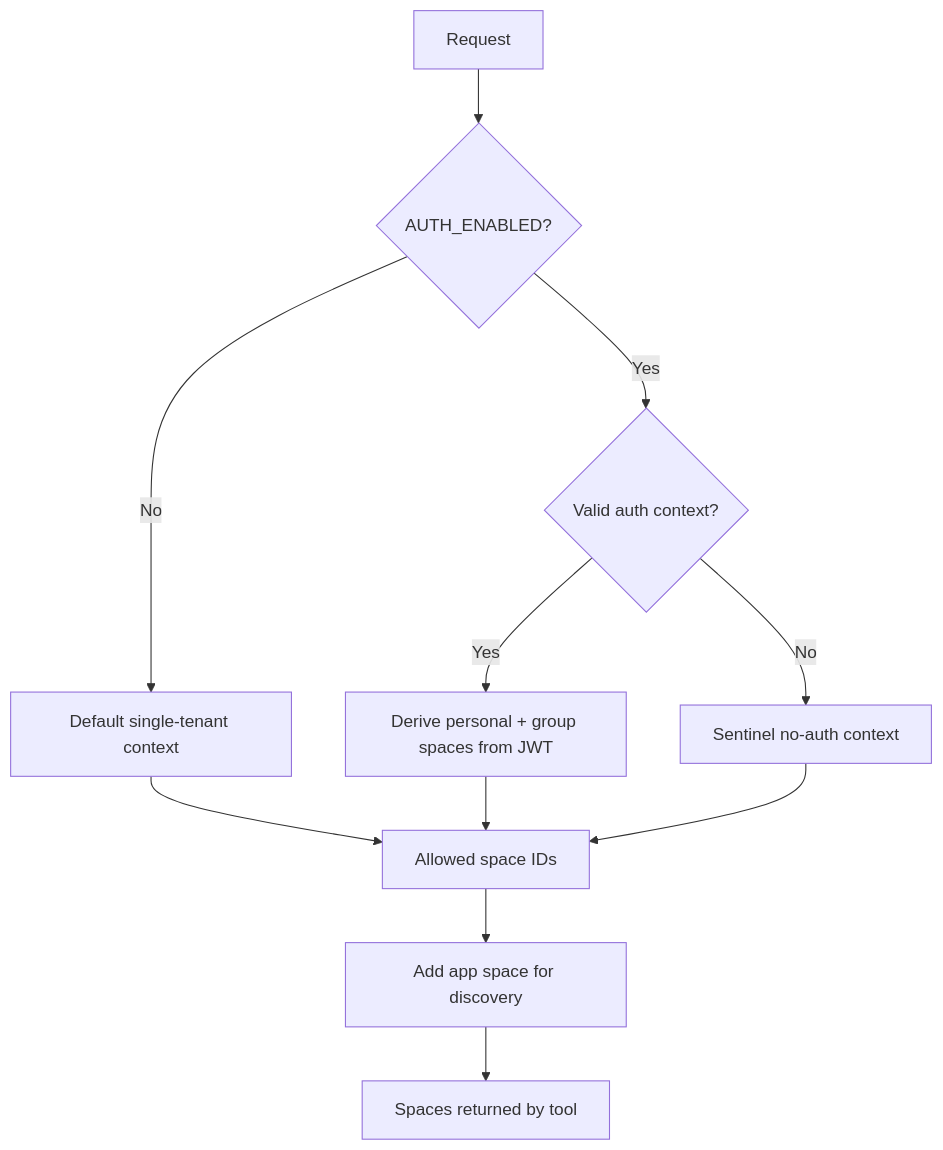
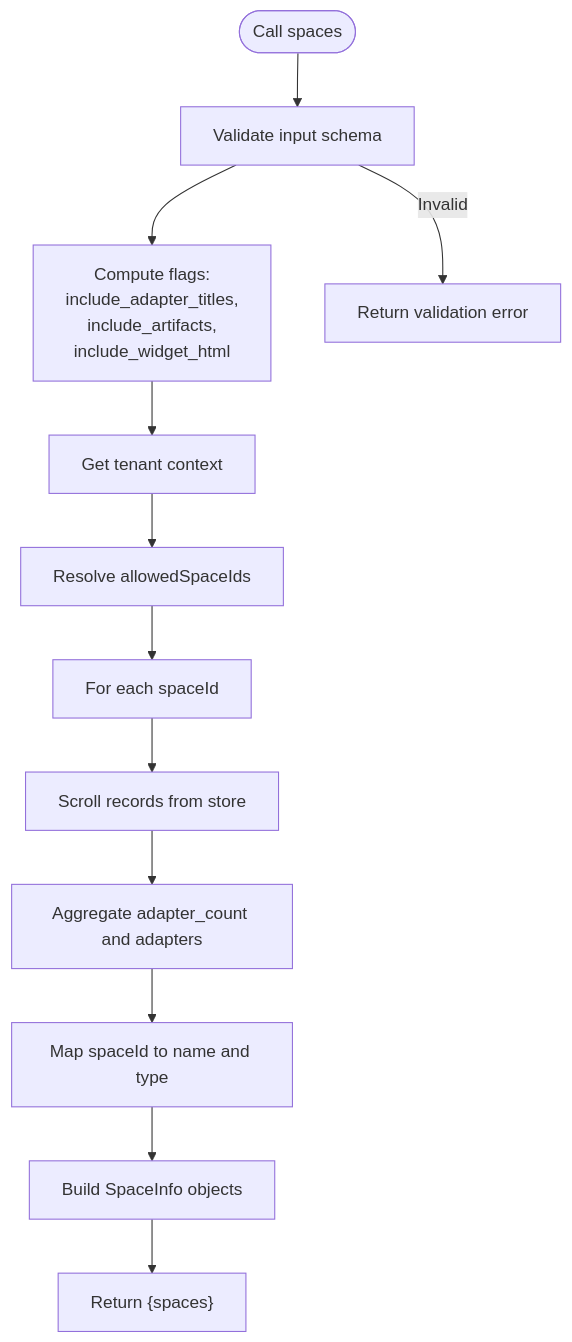
The fourth of 5 diagrams in .qoder/repowiki/en/content/MCP Tools Reference/Spaces Tool.md (SquadRules/mcp), drawn with Mermaid before and after one commit. The commit also changed other lines of this file and 553 other files, not shown here.

````diff
--- a/.qoder/repowiki/en/content/MCP Tools Reference/Spaces Tool.md
+++ b/.qoder/repowiki/en/content/MCP Tools Reference/Spaces Tool.md
@@ -304,13 +259,14 @@
 ```mermaid
 flowchart TD
-Request["Request"] --> AuthEnabled{"AUTH_ENABLED?"}
-AuthEnabled --> |No| LocalContext["Default single-tenant context"]
-AuthEnabled --> |Yes| HasAuth{"Valid auth context?"}
-HasAuth --> |No| NoAuthContext["Sentinel no-auth context"]
-HasAuth --> |Yes| JwtContext["Derive personal + group spaces from JWT"]
-LocalContext --> Allowed["Allowed space IDs"]
-JwtContext --> Allowed
-NoAuthContext --> Allowed
-Allowed --> AppSpace["Add app space for discovery"]
-AppSpace --> SpacesList["Spaces returned by tool"]
+Start(["Call spaces"]) --> Validate["Validate input schema"]
+Validate --> Flags["Compute flags:<br/>include_adapter_titles,<br/>include_artifacts,<br/>include_widget_html"]
+Flags --> Context["Get tenant context"]
+Context --> Allowed["Resolve allowedSpaceIds"]
+Allowed --> Iterate["For each spaceId"]
+Iterate --> Scroll["Scroll records from store"]
+Scroll --> Aggregate["Aggregate adapter_count and adapters"]
+Aggregate --> Names["Map spaceId to name and type"]
+Names --> Build["Build SpaceInfo objects"]
+Build --> Result["Return {spaces}"]
+Validate --> |Invalid| Err["Return validation error"]
 ```
````
